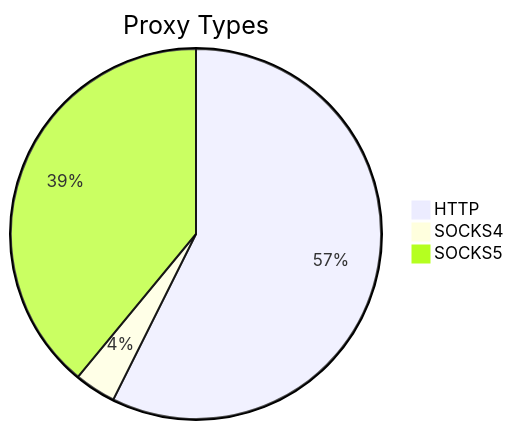
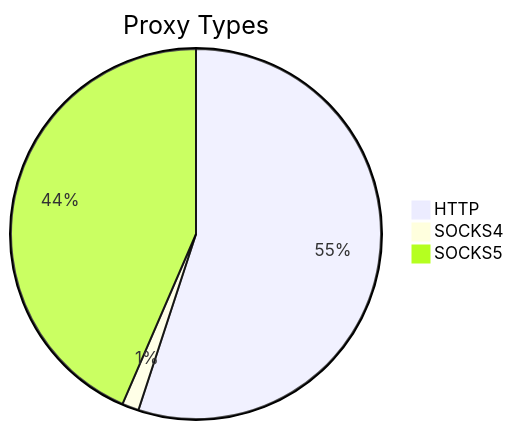
One commit to stormsia/proxy-list changed the first of 2 diagrams in README.md. Above: the diagram before and after it, drawn with Mermaid. The commit also changed other lines of this file, not shown here.

````diff
--- a/README.md
+++ b/README.md
@@ -21,6 +21,6 @@
 ```mermaid
 pie title Proxy Types
-    "HTTP" : 903
-    "SOCKS4" : 57
-    "SOCKS5" : 614
+    "HTTP" : 826
+    "SOCKS4" : 22
+    "SOCKS5" : 653
 ```
````
